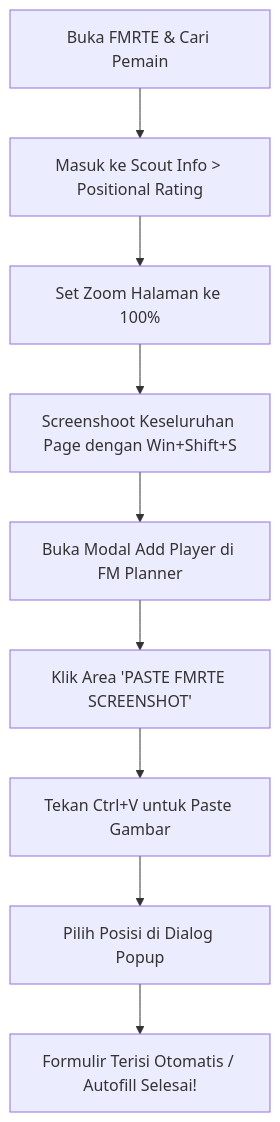
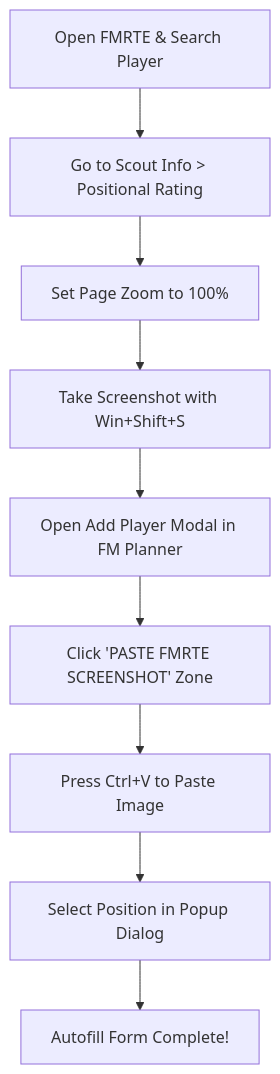
The diagram in readme.md (bangjek010/ManganCafe-html), drawn with Mermaid before and after one commit. The commit also changed other lines of this file, not shown here.

````diff
--- a/readme.md
+++ b/readme.md
@@ -75,11 +76,11 @@
 ```mermaid
 graph TD
-    A[Buka FMRTE & Cari Pemain] --> B[Masuk ke Scout Info > Positional Rating]
-    B --> C[Set Zoom Halaman ke 100%]
-    C --> D[Screenshoot Keseluruhan Page dengan Win+Shift+S]
-    D --> E[Buka Modal Add Player di FM Planner]
-    E --> F[Klik Area 'PASTE FMRTE SCREENSHOT']
-    F --> G[Tekan Ctrl+V untuk Paste Gambar]
-    G --> H[Pilih Posisi di Dialog Popup]
-    H --> I[Formulir Terisi Otomatis / Autofill Selesai!]
+    A[Open FMRTE & Search Player] --> B[Go to Scout Info > Positional Rating]
+    B --> C[Set Page Zoom to 100%]
+    C --> D[Take Screenshot with Win+Shift+S]
+    D --> E[Open Add Player Modal in FM Planner]
+    E --> F[Click 'PASTE FMRTE SCREENSHOT' Zone]
+    F --> G[Press Ctrl+V to Paste Image]
+    G --> H[Select Position in Popup Dialog]
+    H --> I[Autofill Form Complete!]
 ```
````
